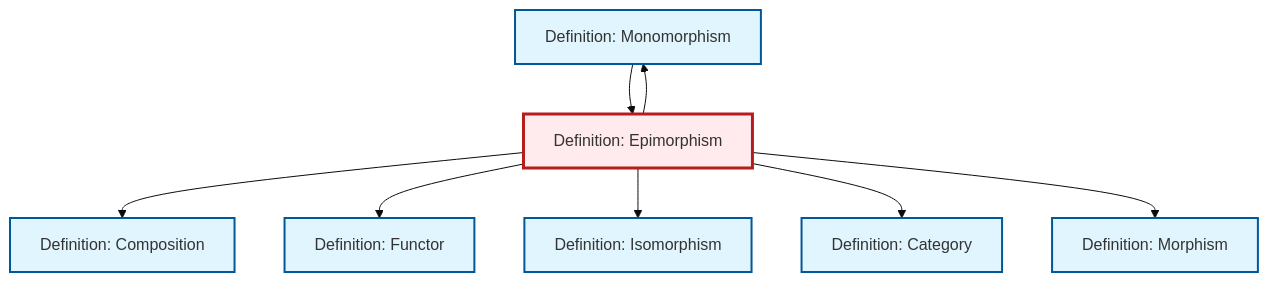
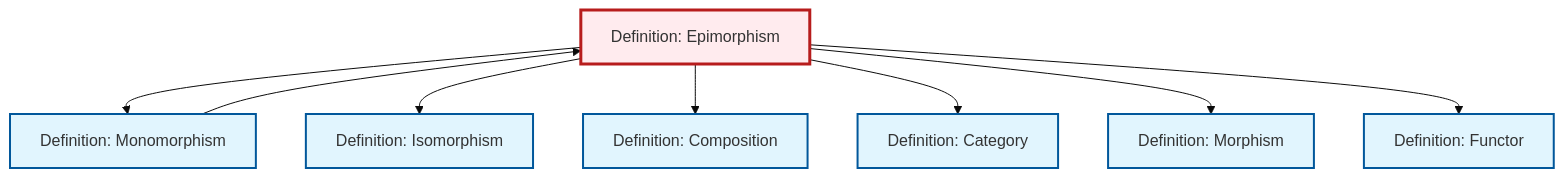
Before and after one commit to RK0429/ModernMath: the diagram in content/en/category-theory/def-epimorphism.qmd, drawn with Mermaid (base theme). The commit also changed other lines of this file and 672 other files, not shown here.

````diff
--- a/content/en/category-theory/def-epimorphism.qmd
+++ b/content/en/category-theory/def-epimorphism.qmd
@@ -96,30 +96,30 @@
 ```{mermaid}
 %%| fig-cap: "Local dependency graph"
 graph TD
     classDef definition fill:#e1f5fe,stroke:#01579b,stroke-width:2px
     classDef theorem fill:#f3e5f5,stroke:#4a148c,stroke-width:2px
     classDef axiom fill:#fff3e0,stroke:#e65100,stroke-width:2px
     classDef example fill:#e8f5e9,stroke:#1b5e20,stroke-width:2px
     classDef current fill:#ffebee,stroke:#b71c1c,stroke-width:3px
+    def-morphism["Definition: Morphism"]:::definition
     def-isomorphism["Definition: Isomorphism"]:::definition
+    def-epimorphism["Definition: Epimorphism"]:::definition
     def-composition["Definition: Composition"]:::definition
     def-category["Definition: Category"]:::definition
+    def-functor["Definition: Functor"]:::definition
     def-monomorphism["Definition: Monomorphism"]:::definition
-    def-functor["Definition: Functor"]:::definition
-    def-morphism["Definition: Morphism"]:::definition
-    def-epimorphism["Definition: Epimorphism"]:::definition
+    def-epimorphism --> def-monomorphism
+    def-epimorphism --> def-isomorphism
     def-epimorphism --> def-composition
+    def-epimorphism --> def-category
+    def-epimorphism --> def-morphism
     def-epimorphism --> def-functor
-    def-epimorphism --> def-isomorphism
-    def-epimorphism --> def-category
-    def-epimorphism --> def-monomorphism
-    def-epimorphism --> def-morphism
     def-monomorphism --> def-epimorphism
     class def-epimorphism current
+    click def-morphism "def-morphism.html" "Go to Morphism definition"
     click def-isomorphism "def-isomorphism.html" "Go to Isomorphism definition"
     click def-composition "def-composition.html" "Go to Composition definition"
     click def-category "def-category.html" "Go to Category definition"
+    click def-functor "def-functor.html" "Go to Functor definition"
     click def-monomorphism "def-monomorphism.html" "Go to Monomorphism definition"
-    click def-functor "def-functor.html" "Go to Functor definition"
-    click def-morphism "def-morphism.html" "Go to Morphism definition"
 ```
````
